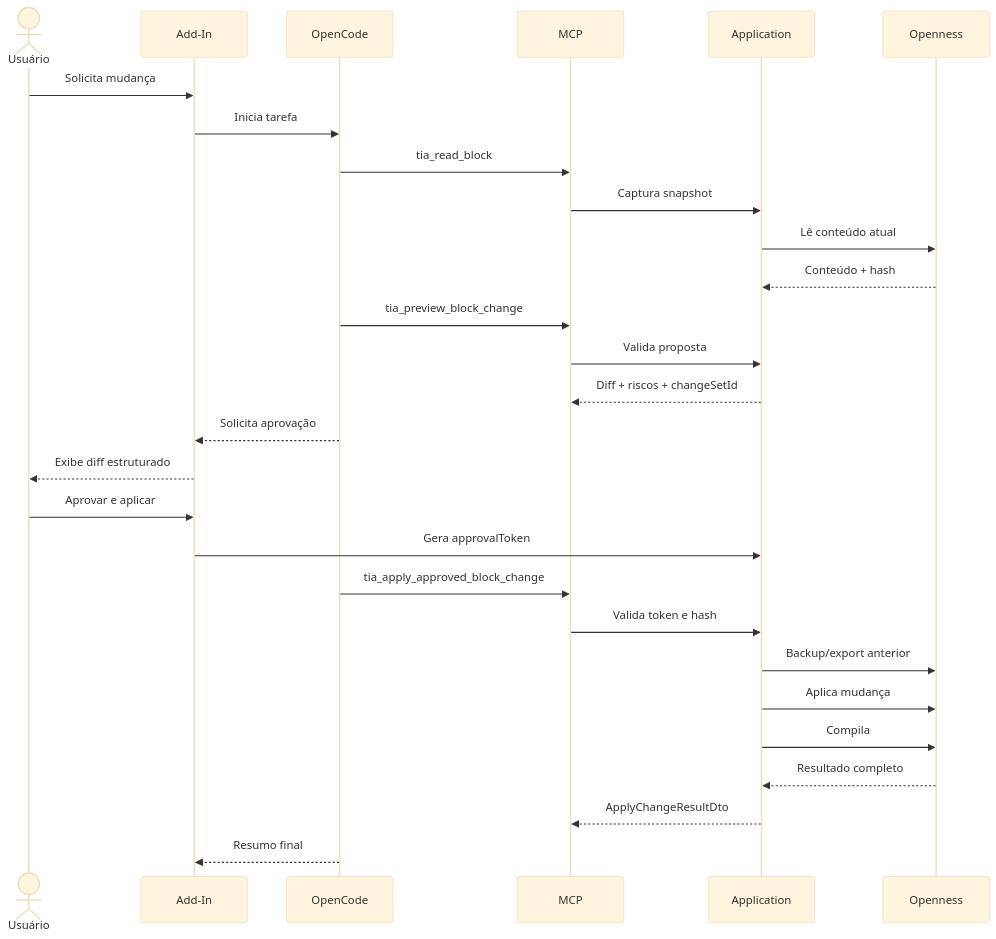
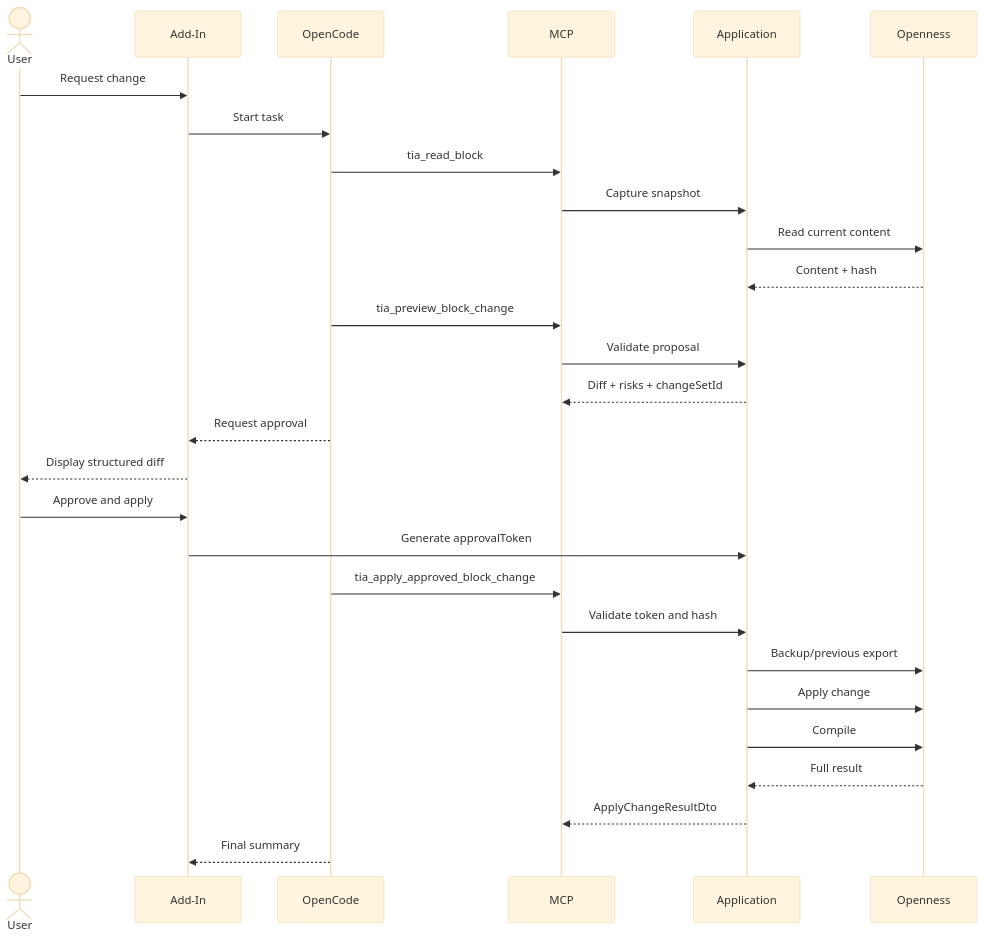
The fourth of 4 diagrams in docs/spec/ARCHITECTURE.md (allanmarum/tia-portal-code-agent), drawn with Mermaid (base theme) before and after one commit. The commit also changed other lines of this file and 98 other files, not shown here.

````diff
--- a/docs/spec/ARCHITECTURE.md
+++ b/docs/spec/ARCHITECTURE.md
@@ -713,31 +713,31 @@
 ```mermaid
 sequenceDiagram
-    actor User as Usuário
+    actor User as User
     participant AddIn as Add-In
     participant OC as OpenCode
     participant MCP as MCP
     participant APP as Application
     participant TIA as Openness
 
-    User->>AddIn: Solicita mudança
-    AddIn->>OC: Inicia tarefa
+    User->>AddIn: Request change
+    AddIn->>OC: Start task
     OC->>MCP: tia_read_block
-    MCP->>APP: Captura snapshot
-    APP->>TIA: Lê conteúdo atual
-    TIA-->>APP: Conteúdo + hash
+    MCP->>APP: Capture snapshot
+    APP->>TIA: Read current content
+    TIA-->>APP: Content + hash
     OC->>MCP: tia_preview_block_change
-    MCP->>APP: Valida proposta
-    APP-->>MCP: Diff + riscos + changeSetId
-    OC-->>AddIn: Solicita aprovação
-    AddIn-->>User: Exibe diff estruturado
-    User->>AddIn: Aprovar e aplicar
-    AddIn->>APP: Gera approvalToken
+    MCP->>APP: Validate proposal
+    APP-->>MCP: Diff + risks + changeSetId
+    OC-->>AddIn: Request approval
+    AddIn-->>User: Display structured diff
+    User->>AddIn: Approve and apply
+    AddIn->>APP: Generate approvalToken
     OC->>MCP: tia_apply_approved_block_change
-    MCP->>APP: Valida token e hash
-    APP->>TIA: Backup/export anterior
-    APP->>TIA: Aplica mudança
-    APP->>TIA: Compila
-    TIA-->>APP: Resultado completo
+    MCP->>APP: Validate token and hash
+    APP->>TIA: Backup/previous export
+    APP->>TIA: Apply change
+    APP->>TIA: Compile
+    TIA-->>APP: Full result
     APP-->>MCP: ApplyChangeResultDto
-    OC-->>AddIn: Resumo final
+    OC-->>AddIn: Final summary
 ```
````
